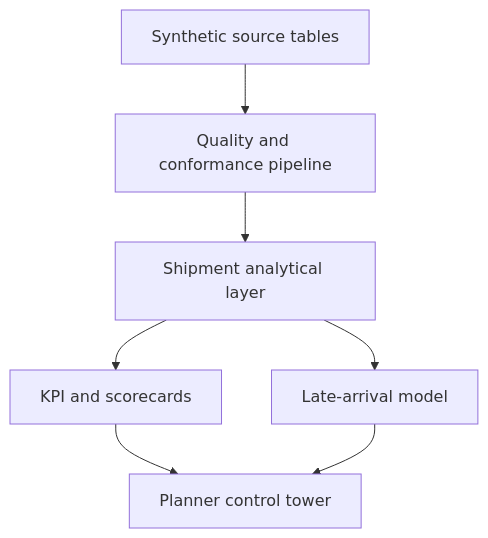
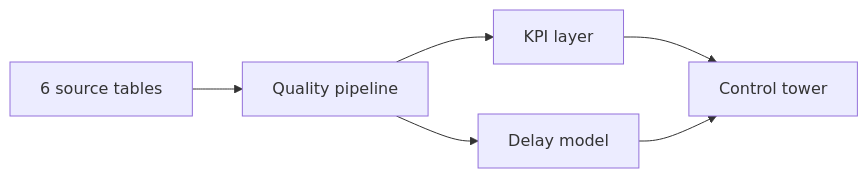
Before and after one commit to ShrutiVan17/FreightPlus: the diagram in README.md, drawn with Mermaid. The commit also changed other lines of this file, not shown here.

````diff
--- a/README.md
+++ b/README.md
@@ -37,9 +32,8 @@
 ```mermaid
-flowchart TD
-    A["Synthetic source tables"] --> B["Quality and conformance pipeline"]
-    B --> C["Shipment analytical layer"]
-    C --> D["KPI and scorecards"]
-    C --> E["Late-arrival model"]
-    D --> F["Planner control tower"]
-    E --> F
+flowchart LR
+    A["6 source tables"] --> B["Quality pipeline"]
+    B --> C["KPI layer"]
+    B --> D["Delay model"]
+    C --> E["Control tower"]
+    D --> E
 ```
````
